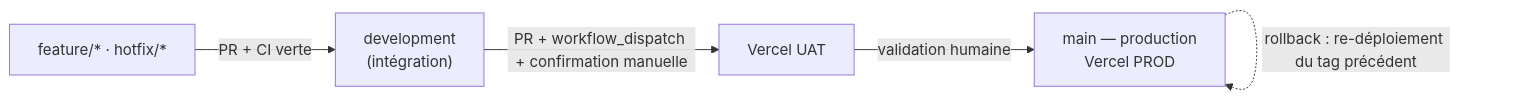
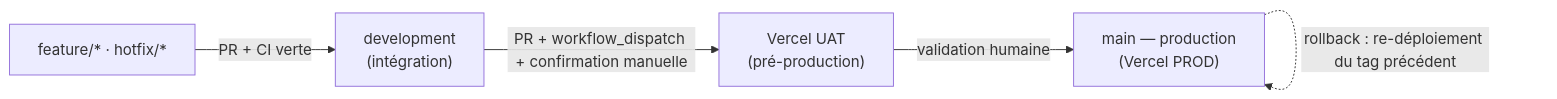
The eighth of 9 diagrams in documents/dossiers/dossierProjet/dossierProjetRNCP.md (Mamoru-fr/AMT-Express), drawn with Mermaid before and after one commit. The commit also changed other lines of this file and 7 other files, not shown here.

````diff
--- a/documents/dossiers/dossierProjet/dossierProjetRNCP.md
+++ b/documents/dossiers/dossierProjet/dossierProjetRNCP.md
@@ -400,7 +589,7 @@
 ```mermaid
 flowchart LR
     F["feature/* · hotfix/*"] -- "PR + CI verte" --> DEV["development<br/>(intégration)"]
-    DEV -- "PR + workflow_dispatch + confirmation manuelle" --> UAT["Vercel UAT"]
-    UAT -- "validation humaine" --> MAIN["main — production<br/>Vercel PROD"]
+    DEV -- "PR + workflow_dispatch + confirmation manuelle" --> UAT["Vercel UAT<br/>(pré-production)"]
+    UAT -- "validation humaine" --> MAIN["main — production<br/>(Vercel PROD)"]
     MAIN -.->|"rollback : re-déploiement du tag précédent"| MAIN
 ```
````
